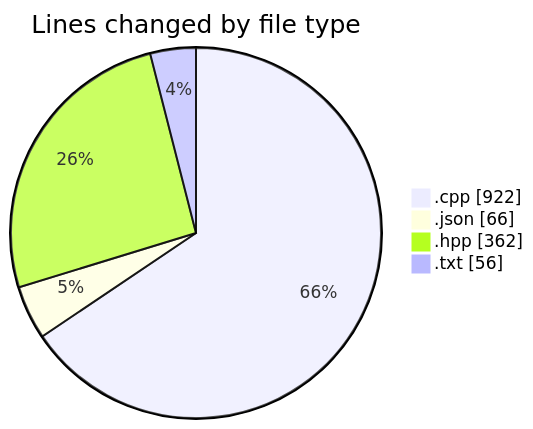
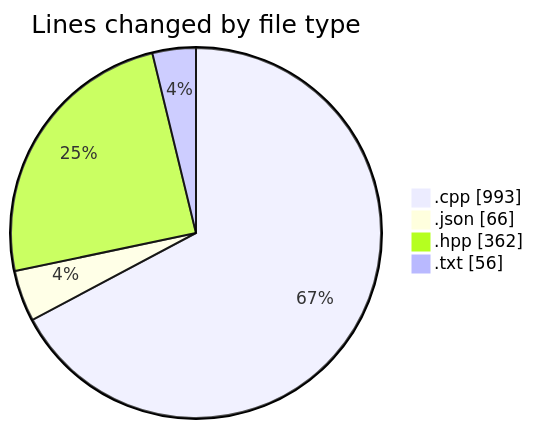
One commit to Netris89/code-tracking changed the first of 2 diagrams in 2025-04-21/echo/README.md. Above: the diagram before and after it, drawn with Mermaid. The commit also changed other lines of this file and 1 other file, not shown here.

````diff
--- a/2025-04-21/echo/README.md
+++ b/2025-04-21/echo/README.md
@@ -25,8 +25,8 @@
 ```mermaid
 pie showData
 title Lines changed by file type
-".cpp" : 922
+".cpp" : 993
 ".json" : 66
 ".hpp" : 362
 ".txt" : 56
 ```
````
